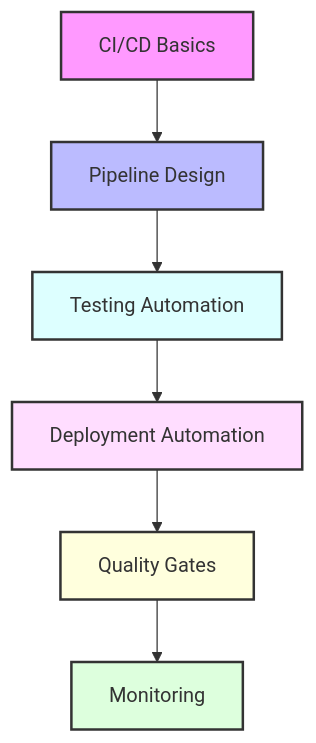
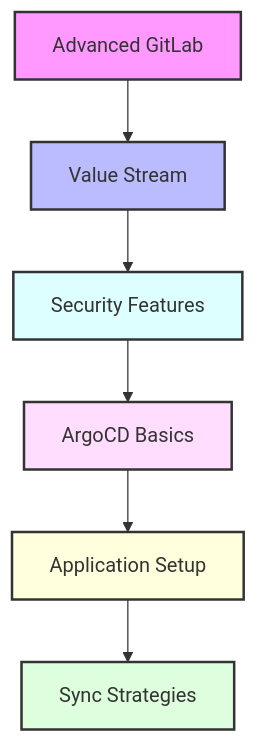
Before and after one commit to dbsectrainer/devOps_tools: the diagram in days/day-14/README.md, drawn with Mermaid. The commit also changed other lines of this file and 35 other files, not shown here.

````diff
--- a/days/day-14/README.md
+++ b/days/day-14/README.md
@@ -6,15 +8,15 @@
 ```mermaid
 graph TD
-    A[CI/CD Basics] --> B[Pipeline Design]
-    B --> C[Testing Automation]
-    C --> D[Deployment Automation]
-    D --> E[Quality Gates]
-    E --> F[Monitoring]
+    A[Advanced GitLab] --> B[Value Stream]
+    B --> C[Security Features]
+    C --> D[ArgoCD Basics]
+    D --> E[Application Setup]
+    E --> F[Sync Strategies]
 
     style A fill:#f9f,stroke:#333,stroke-width:2px
     style B fill:#bbf,stroke:#333,stroke-width:2px
     style C fill:#dff,stroke:#333,stroke-width:2px
     style D fill:#fdf,stroke:#333,stroke-width:2px
     style E fill:#ffd,stroke:#333,stroke-width:2px
     style F fill:#dfd,stroke:#333,stroke-width:2px
 ```
````
